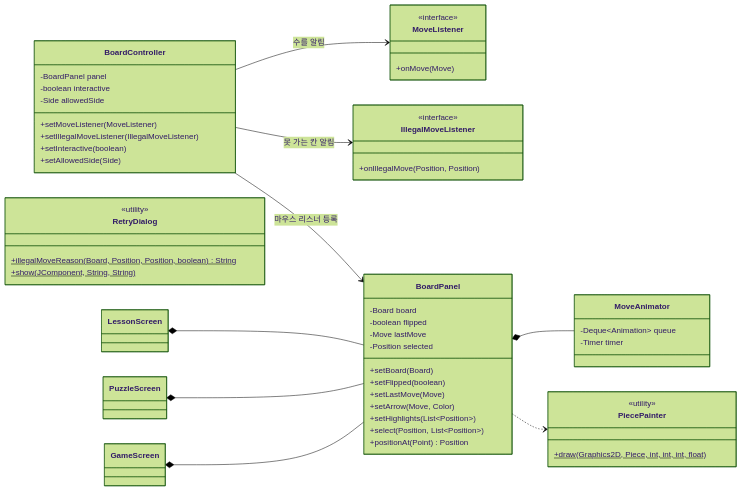
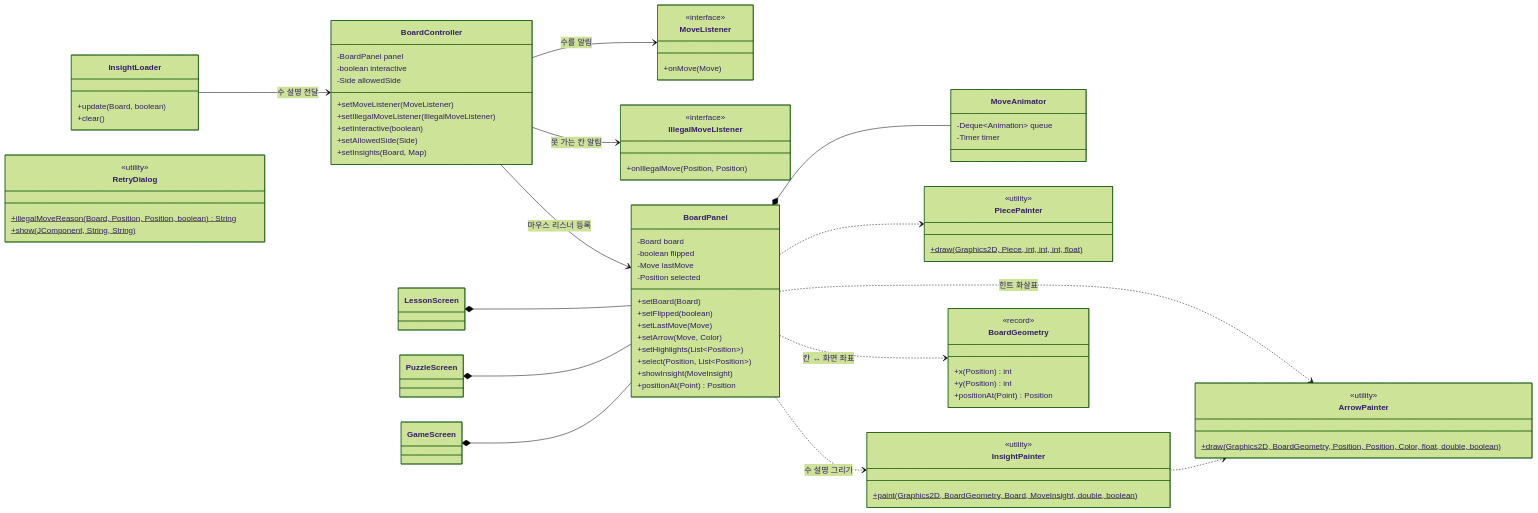
The second of 3 diagrams in docs/frontend.md (OOP-TeamA/chess-trainer), drawn with Mermaid (forest theme) before and after one commit. The commit also changed other lines of this file and 27 other files, not shown here.

````diff
--- a/docs/frontend.md
+++ b/docs/frontend.md
@@ -99,55 +100,80 @@
 ```mermaid
 classDiagram
     direction LR
     class BoardController {
         -BoardPanel panel
         -boolean interactive
         -Side allowedSide
         +setMoveListener(MoveListener)
         +setIllegalMoveListener(IllegalMoveListener)
         +setInteractive(boolean)
         +setAllowedSide(Side)
+        +setInsights(Board, Map)
+    }
+    class InsightLoader {
+        +update(Board, boolean)
+        +clear()
     }
     class MoveListener {
         <<interface>>
         +onMove(Move)
     }
     class IllegalMoveListener {
         <<interface>>
         +onIllegalMove(Position, Position)
     }
     class BoardPanel {
         -Board board
         -boolean flipped
         -Move lastMove
         -Position selected
         +setBoard(Board)
         +setFlipped(boolean)
         +setLastMove(Move)
         +setArrow(Move, Color)
         +setHighlights(List~Position~)
         +select(Position, List~Position~)
+        +showInsight(MoveInsight)
         +positionAt(Point) Position
     }
     class MoveAnimator {
         -Deque~Animation~ queue
         -Timer timer
     }
     class PiecePainter {
         <<utility>>
         +draw(Graphics2D, Piece, int, int, int, float)$
+    }
+    class InsightPainter {
+        <<utility>>
+        +paint(Graphics2D, BoardGeometry, Board, MoveInsight, double, boolean)$
+    }
+    class ArrowPainter {
+        <<utility>>
+        +draw(Graphics2D, BoardGeometry, Position, Position, Color, float, double, boolean)$
+    }
+    class BoardGeometry {
+        <<record>>
+        +x(Position) int
+        +y(Position) int
+        +positionAt(Point) Position
     }
     class RetryDialog {
         <<utility>>
         +illegalMoveReason(Board, Position, Position, boolean)$ String
         +show(JComponent, String, String)$
     }
     BoardController --> BoardPanel : 마우스 리스너 등록
     BoardController --> MoveListener : 수를 알림
     BoardController --> IllegalMoveListener : 못 가는 칸 알림
     BoardPanel *-- MoveAnimator
     BoardPanel ..> PiecePainter
+    BoardPanel ..> InsightPainter : 수 설명 그리기
+    BoardPanel ..> ArrowPainter : 힌트 화살표
+    InsightPainter ..> ArrowPainter
+    BoardPanel ..> BoardGeometry : 칸 ↔ 화면 좌표
+    InsightLoader --> BoardController : 수 설명 전달
     LessonScreen *-- BoardPanel
     PuzzleScreen *-- BoardPanel
     GameScreen *-- BoardPanel
 ```
````
